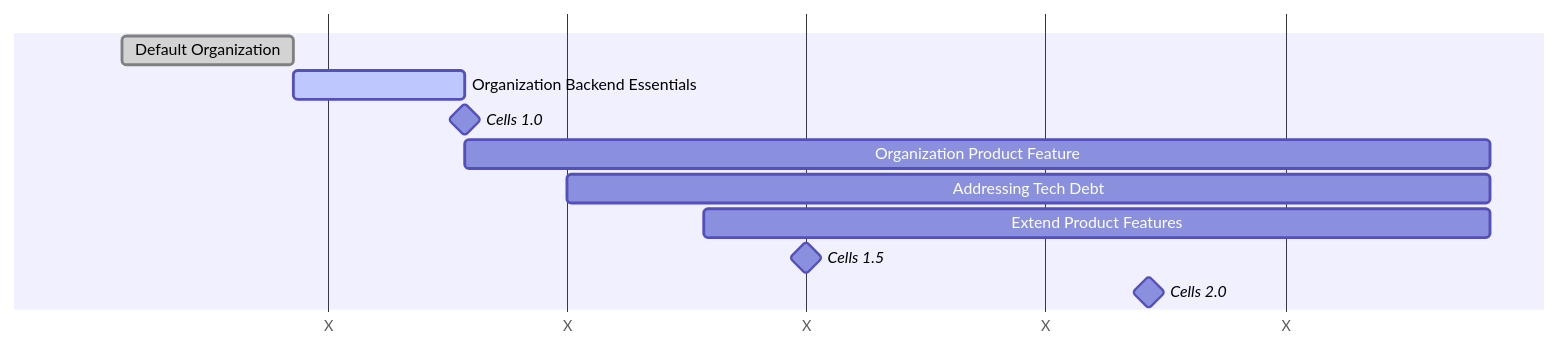
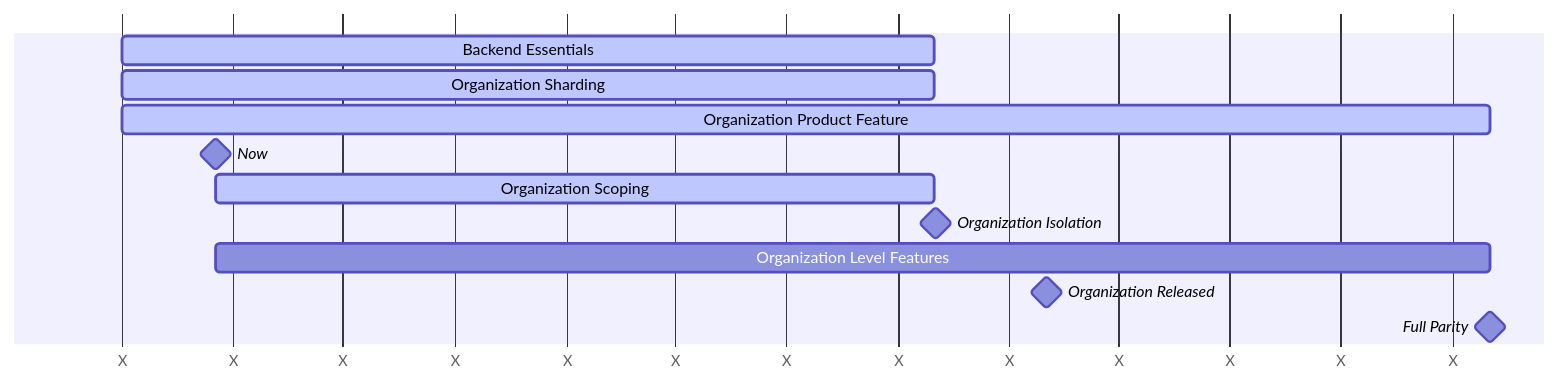
Before and after one commit to zalyoung/gitlab-handbook: the second of 2 diagrams in content/handbook/engineering/architecture/design-documents/organization/_index.md, drawn with Mermaid. The commit also changed other lines of this file and 9 other files, not shown here.

````diff
--- a/content/handbook/engineering/architecture/design-documents/organization/_index.md
+++ b/content/handbook/engineering/architecture/design-documents/organization/_index.md
@@ -358,16 +167,20 @@
 ```mermaid
 gantt
     dateFormat  YYYY-MM-DD
     axisFormat  X
     todayMarker off
 
     %% Dates are for illustration purposes only.
-    Default Organization : done, do1, 2024-07-01, 5d
-    Organization Backend Essentials : active, be, after do1, 5d
-    Cells 1.0 : milestone, 2024-07-11,
-    Organization Product Feature : pf, after be, 30d
-    Addressing Tech Debt : td, 2024-07-14, 27d
-    Extend Product Features : 2024-07-18, 23d
-    Cells 1.5 : milestone, 2024-07-21,
-    Cells 2.0 : milestone, 2024-07-31,
+    Backend Essentials: active, be, 2024-01-01, 2025-10-31
+    Organization Sharding : active, sh, 2024-01-01, 2025-10-31
+    Organization Product Feature : active, ui, 2024-01-01, 2027-02-01
+    Now : milestone, now, 2024-03-18,
+
+    Organization Scoping: active, sc, after now, 2025-10-31
+    Organization Isolation : milestone, 2025-11-01,
+
+    Organization Level Features : co, after now, 2027-02-01
+    Organization Released : milestone, 2026-02-01,
+
+    Full Parity : milestone, 2027-02-01,
 ```
````
